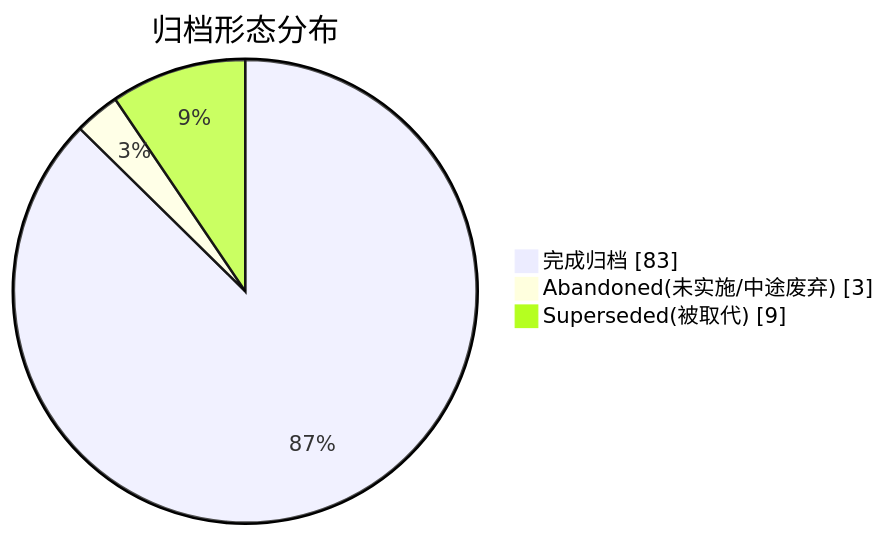
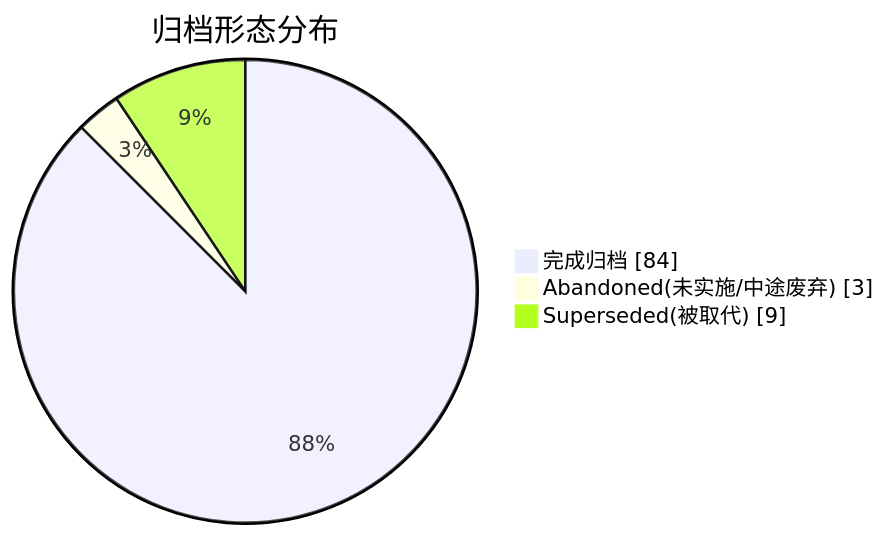
Before and after one commit to golddream-y/obsidian-ratel: the second of 2 diagrams in docs/superpowers/ARCHIVE.md, drawn with Mermaid. The commit also changed other lines of this file and 5 other files, not shown here.

````diff
--- a/docs/superpowers/ARCHIVE.md
+++ b/docs/superpowers/ARCHIVE.md
@@ -28,6 +28,6 @@
 ```mermaid
 pie showData title 归档形态分布
-    "完成归档" : 83
+    "完成归档" : 84
     "Abandoned(未实施/中途废弃)" : 3
     "Superseded(被取代)" : 9
 ```
````
